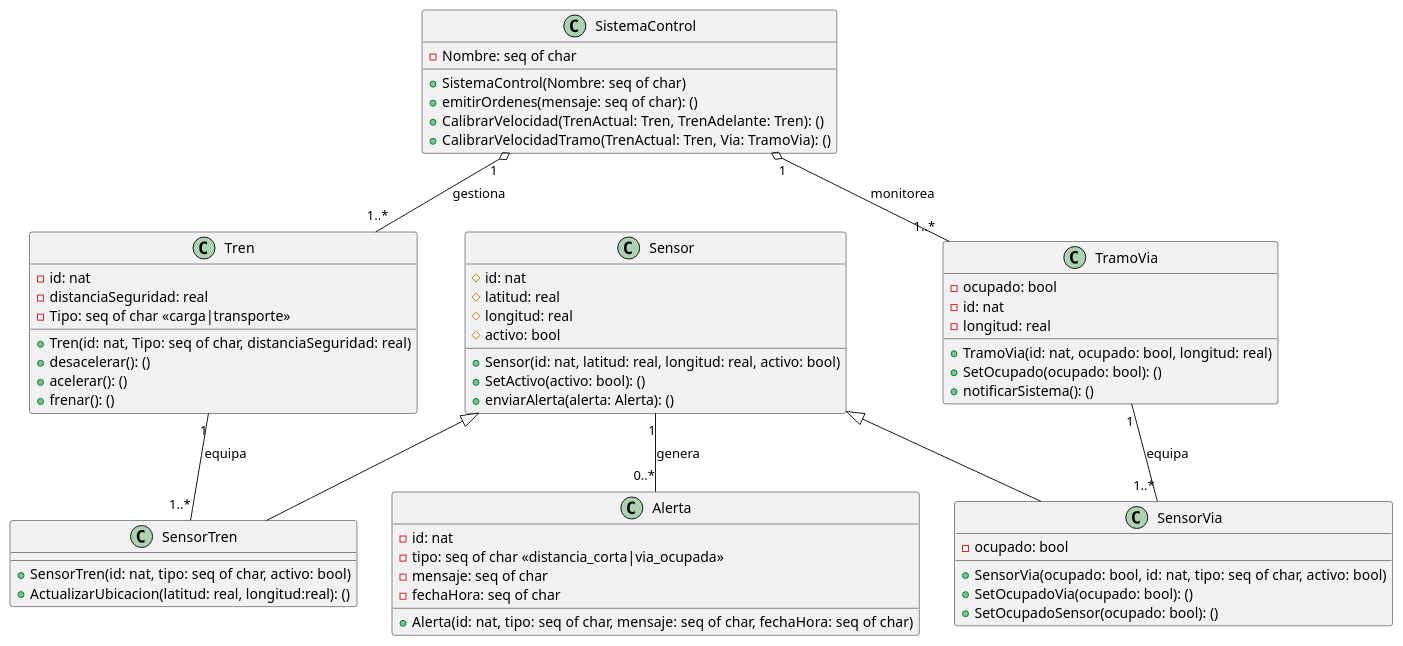
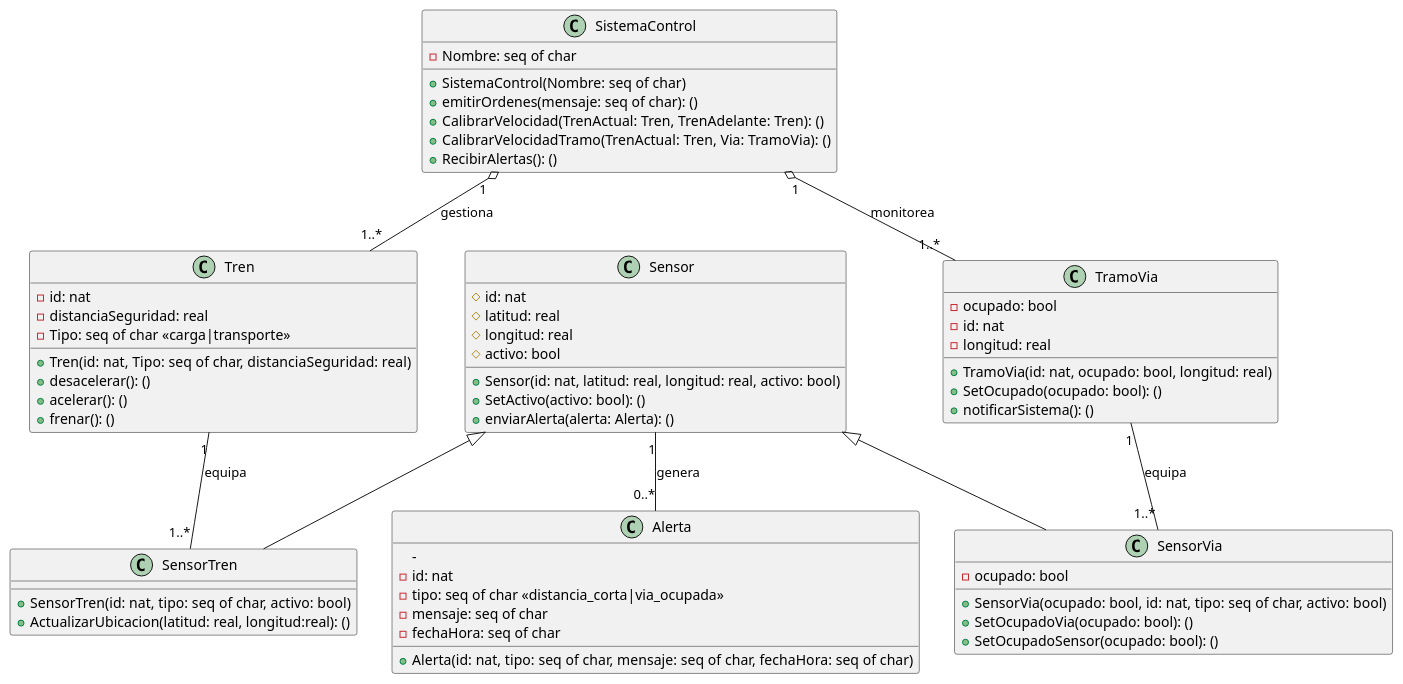
Before and after one commit to RodrigoStranger/mf-trafico-de-trenes: the diagram in diagrama de clases/trafico-de-trenes.wsd, drawn with PlantUML.

```diff
--- a/diagrama de clases/trafico-de-trenes.wsd
+++ b/diagrama de clases/trafico-de-trenes.wsd
@@ -1,71 +1,73 @@
 @startuml trafico de trenes
 
 class Tren {
     -id: nat
     -distanciaSeguridad: real
     -Tipo: seq of char <<carga|transporte>>
     +Tren(id: nat, Tipo: seq of char, distanciaSeguridad: real)
     +desacelerar(): ()
     +acelerar(): ()
     +frenar(): ()
 }
 
 class TramoVia {
     -ocupado: bool
     -id: nat
     -longitud: real
     +TramoVia(id: nat, ocupado: bool, longitud: real)
     +SetOcupado(ocupado: bool): ()
     +notificarSistema(): ()
 }
 
 class Sensor {
     #id: nat
     #latitud: real 
     #longitud: real 
     #activo: bool
     +Sensor(id: nat, latitud: real, longitud: real, activo: bool)
     +SetActivo(activo: bool): ()
     +enviarAlerta(alerta: Alerta): ()
 }
 
 class SensorTren {
     +SensorTren(id: nat, tipo: seq of char, activo: bool)
     +ActualizarUbicacion(latitud: real, longitud:real): ()
 }
 
 class SensorVia {
     -ocupado: bool
     +SensorVia(ocupado: bool, id: nat, tipo: seq of char, activo: bool)
     +SetOcupadoVia(ocupado: bool): ()
     +SetOcupadoSensor(ocupado: bool): ()
 }
 
 class Alerta {
+    -
     -id: nat
     -tipo: seq of char <<distancia_corta|via_ocupada>>
     -mensaje: seq of char
     -fechaHora: seq of char
     +Alerta(id: nat, tipo: seq of char, mensaje: seq of char, fechaHora: seq of char)
 }
 
 class SistemaControl {
     -Nombre: seq of char
     +SistemaControl(Nombre: seq of char)
     +emitirOrdenes(mensaje: seq of char): ()
     +CalibrarVelocidad(TrenActual: Tren, TrenAdelante: Tren): ()
     +CalibrarVelocidadTramo(TrenActual: Tren, Via: TramoVia): ()
+    +RecibirAlertas(): ()
 }
 
 Sensor <|-- SensorTren
 Sensor <|-- SensorVia
 
 SistemaControl "1" o-- "1..*" Tren : gestiona 
 SistemaControl "1" o-- "1..*" TramoVia : monitorea 
 
 TramoVia "1" -- "1..*" SensorVia : equipa 
 Tren "1" -- "1..*" SensorTren : equipa
 
 Sensor "1" -- "0..*" Alerta : genera
 
 @enduml
```
